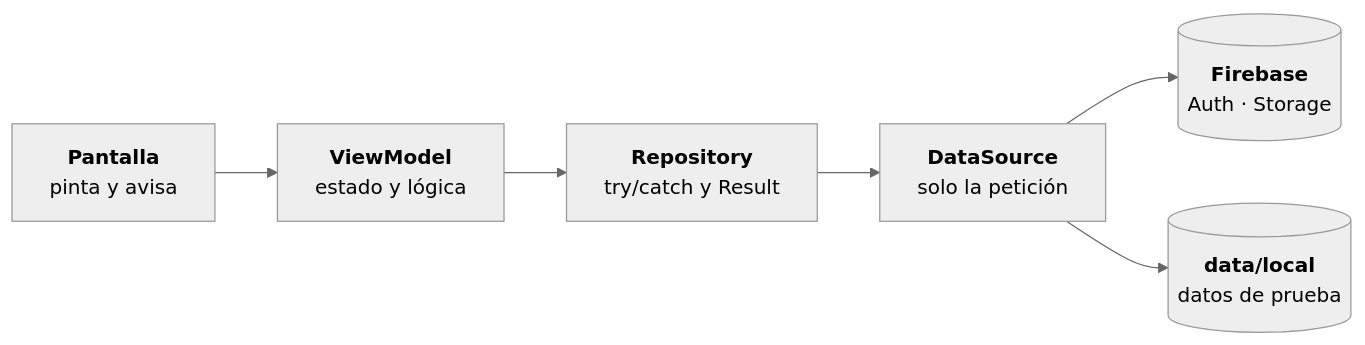
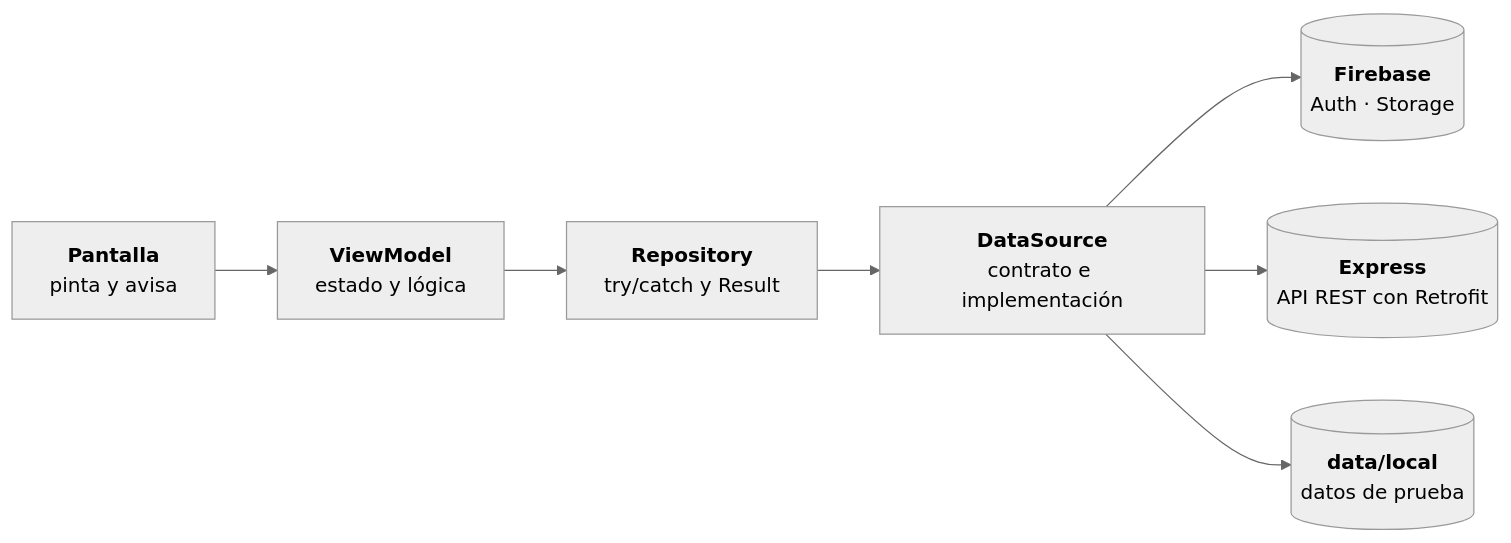
The diagram in README.md (AndresContreras1/Mixtapp), drawn with Mermaid (neutral theme) before and after one commit. The commit also changed other lines of this file, not shown here.

Commit message:
docs: readme con el consumo del backend del sprint 9

````diff
--- a/README.md
+++ b/README.md
@@ -55,13 +57,15 @@
 ```mermaid
 flowchart LR
     S["<b>Pantalla</b><br/>pinta y avisa"]
     V["<b>ViewModel</b><br/>estado y lógica"]
     R["<b>Repository</b><br/>try/catch y Result"]
-    D["<b>DataSource</b><br/>solo la petición"]
+    D["<b>DataSource</b><br/>contrato e implementación"]
     F[("<b>Firebase</b><br/>Auth · Storage")]
+    E[("<b>Express</b><br/>API REST con Retrofit")]
     L[("<b>data/local</b><br/>datos de prueba")]
 
     S --> V --> R --> D
     D --> F
+    D --> E
     D --> L
 ```
````
